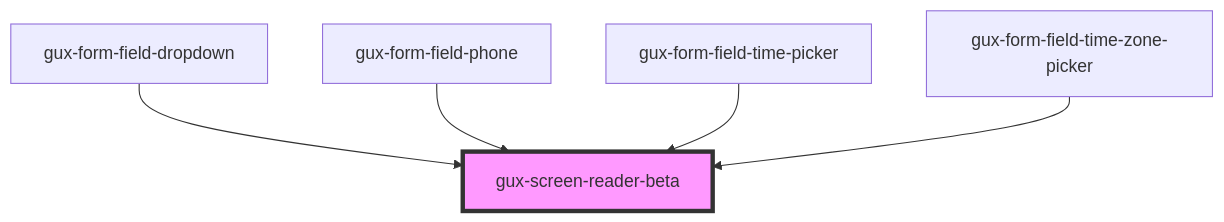
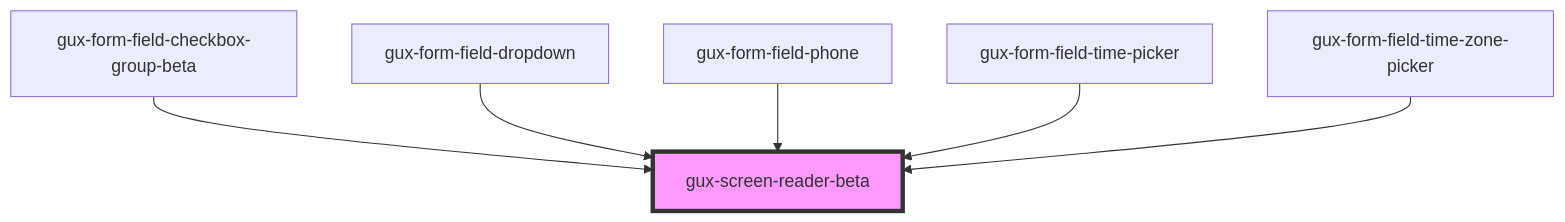
Before and after one commit to MyPureCloud/genesys-spark: the diagram in packages/genesys-spark-components/src/components/beta/gux-screen-reader/readme.md, drawn with Mermaid. The commit also changed other lines of this file and 13 other files, not shown here.

Commit message:
feat(form-field-checkbox-group): add form-field-checkbox-group component

````diff
--- a/packages/genesys-spark-components/src/components/beta/gux-screen-reader/readme.md
+++ b/packages/genesys-spark-components/src/components/beta/gux-screen-reader/readme.md
@@ -25,8 +26,9 @@
 ```mermaid
 graph TD;
+  gux-form-field-checkbox-group-beta --> gux-screen-reader-beta
   gux-form-field-dropdown --> gux-screen-reader-beta
   gux-form-field-phone --> gux-screen-reader-beta
   gux-form-field-time-picker --> gux-screen-reader-beta
   gux-form-field-time-zone-picker --> gux-screen-reader-beta
   style gux-screen-reader-beta fill:#f9f,stroke:#333,stroke-width:4px
 ```
````
